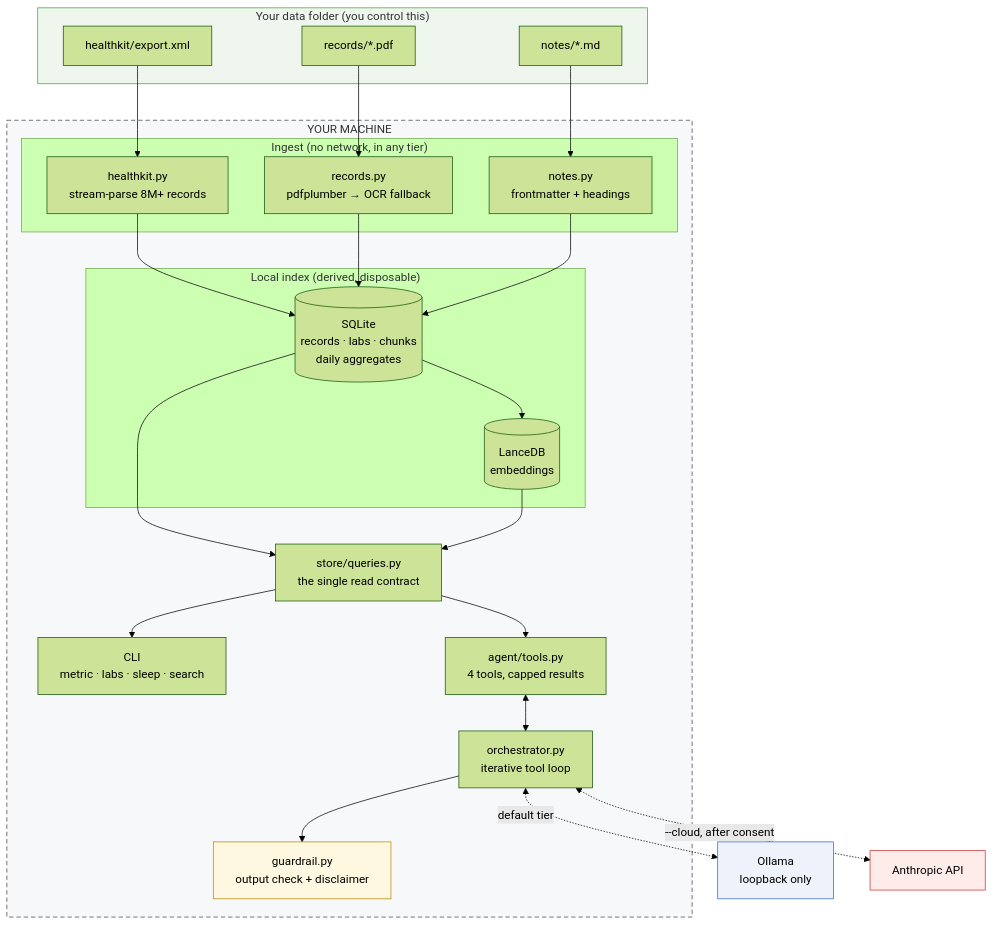
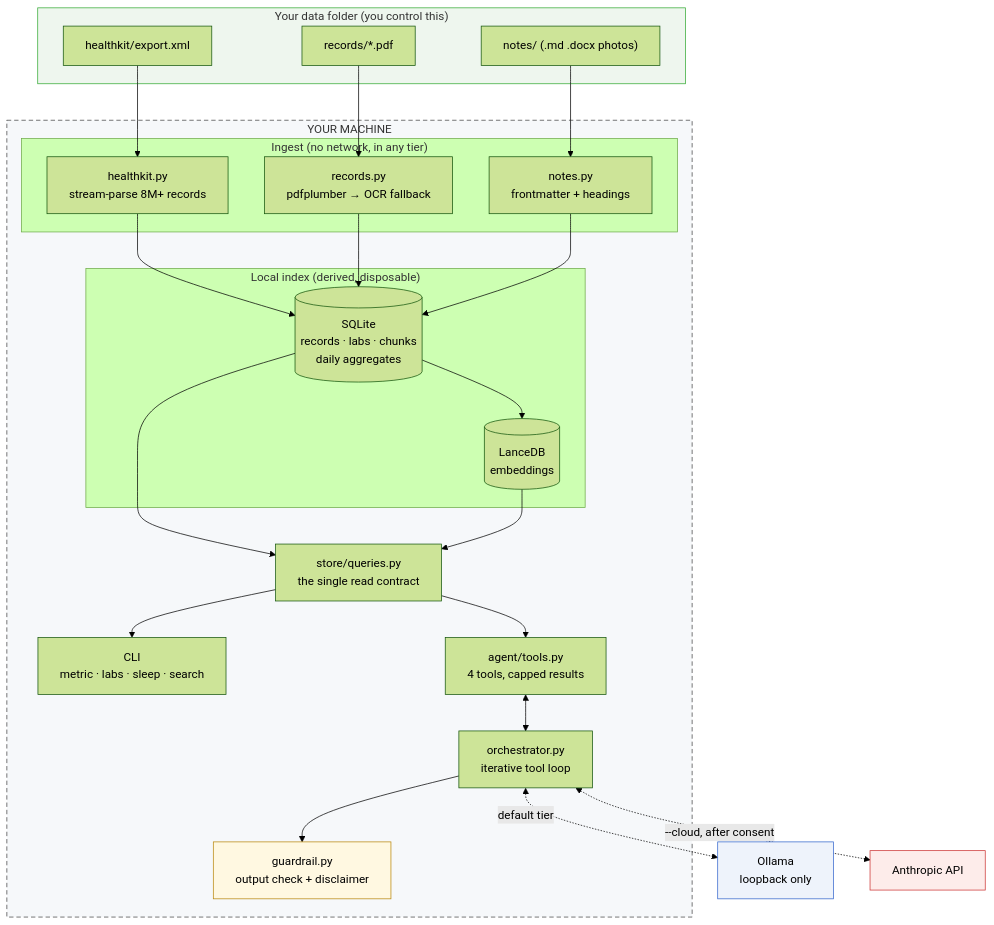
The diagram in README.md (hydawo/local-health-agent), drawn with Mermaid (forest theme) before and after one commit. The commit also changed other lines of this file and 28 other files, not shown here.

First line of the commit message:
Drop folder: photos, screenshots, and .docx as notes; eval Q27 (#3)

````diff
--- a/README.md
+++ b/README.md
@@ -215,50 +228,50 @@
 ```mermaid
 flowchart TB
     subgraph disk["Your data folder (you control this)"]
         HK["healthkit/export.xml"]
         REC["records/*.pdf"]
-        NOTE["notes/*.md"]
+        NOTE["notes/ (.md .docx photos)"]
     end
 
     subgraph machine["YOUR MACHINE"]
         subgraph ingest["Ingest (no network, in any tier)"]
             P1["healthkit.py<br/>stream-parse 8M+ records"]
             P2["records.py<br/>pdfplumber → OCR fallback"]
             P3["notes.py<br/>frontmatter + headings"]
         end
 
         subgraph store["Local index (derived, disposable)"]
             SQL[("SQLite<br/>records · labs · chunks<br/>daily aggregates")]
             VEC[("LanceDB<br/>embeddings")]
         end
 
         Q["store/queries.py<br/>the single read contract"]
         CLI["CLI<br/>metric · labs · sleep · search"]
         TOOLS["agent/tools.py<br/>4 tools, capped results"]
         LOOP["orchestrator.py<br/>iterative tool loop"]
         GUARD["guardrail.py<br/>output check + disclaimer"]
     end
 
     OLLAMA["Ollama<br/>loopback only"]
     CLOUD["Anthropic API"]
 
     HK --> P1
     REC --> P2
     NOTE --> P3
     P1 & P2 & P3 --> SQL
     SQL --> VEC
     SQL --> Q
     VEC --> Q
     Q --> CLI
     Q --> TOOLS
     TOOLS <--> LOOP
     LOOP --> GUARD
     LOOP <-.->|"default tier"| OLLAMA
     LOOP <-.->|"--cloud, after consent"| CLOUD
 
     style machine fill:#f6f8fa,stroke:#444,stroke-dasharray: 6 4
     style disk fill:#eef6ee,stroke:#3a3
     style CLOUD fill:#fdecea,stroke:#c33
     style OLLAMA fill:#eef3fb,stroke:#36c
     style GUARD fill:#fff8e1,stroke:#b8860b
 ```
````
